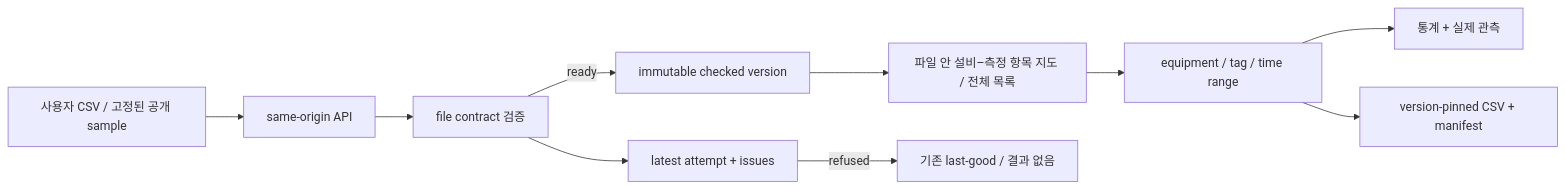
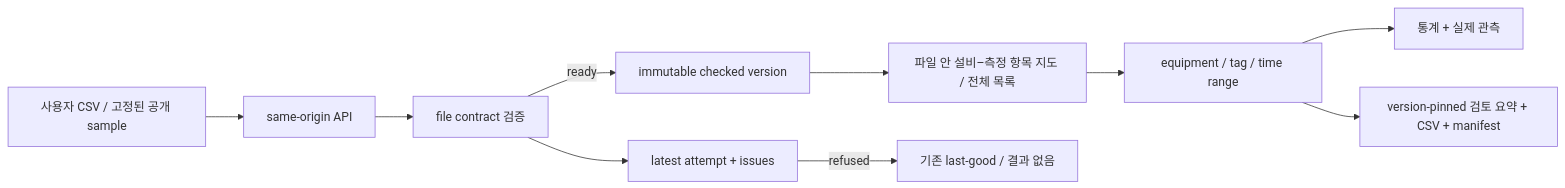
One commit to junhyun-dev/manufacturing-data-platform changed the first of 3 diagrams in docs/ARCHITECTURE.md. Above: the diagram before and after it, drawn with Mermaid. The commit also changed other lines of this file and 8 other files, not shown here.

````diff
--- a/docs/ARCHITECTURE.md
+++ b/docs/ARCHITECTURE.md
@@ -7,12 +7,12 @@
 ```mermaid
 flowchart LR
   file["사용자 CSV / 고정된 공개 sample"] --> api["same-origin API"]
   api --> validate["file contract 검증"]
   validate --> attempt["latest attempt + issues"]
   validate -- ready --> version["immutable checked version"]
   version --> membership["파일 안 설비–측정 항목 지도 / 전체 목록"]
   membership --> select["equipment / tag / time range"]
   select --> view["통계 + 실제 관측"]
-  select --> export["version-pinned CSV + manifest"]
+  select --> export["version-pinned 검토 요약 + CSV + manifest"]
   attempt -- refused --> previous["기존 last-good / 결과 없음"]
 ```
````
